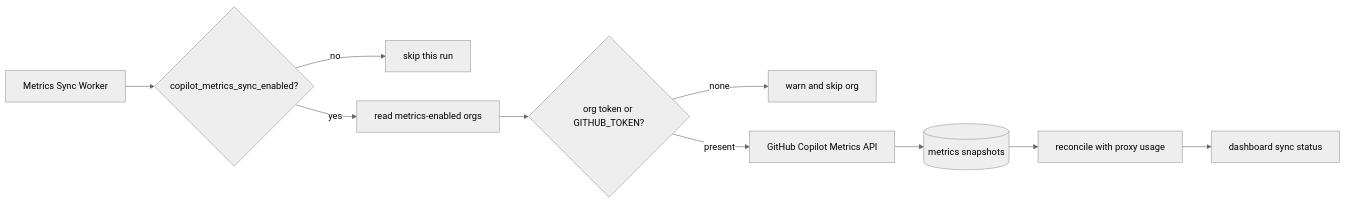
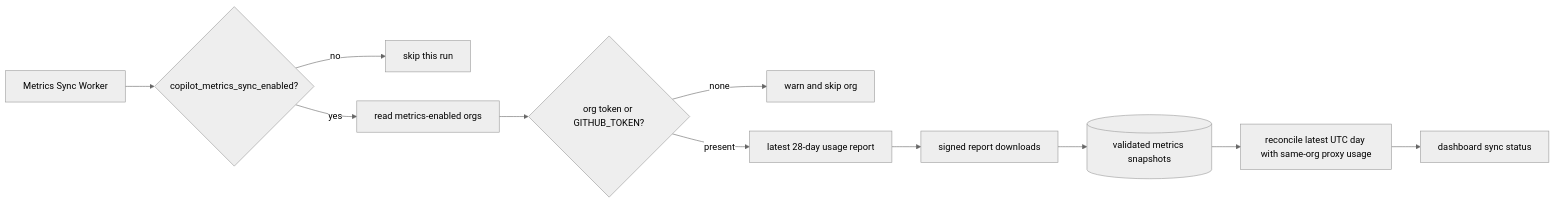
One commit to pczhao1210/ghcp-pool-proxy changed the fifth of 6 diagrams in docs/architecture.en.md. Above: the diagram before and after it, drawn with Mermaid (neutral theme). The commit also changed 5 other files, not shown here.

````diff
--- a/docs/architecture.en.md
+++ b/docs/architecture.en.md
@@ -94,12 +94,13 @@
 ```mermaid
 flowchart LR
   Worker["Metrics Sync Worker"] --> Flag{"copilot_metrics_sync_enabled?"}
   Flag -->|"no"| Skip["skip this run"]
   Flag -->|"yes"| Orgs["read metrics-enabled orgs"]
   Orgs --> Token{"org token or GITHUB_TOKEN?"}
   Token -->|"none"| Warn["warn and skip org"]
-  Token -->|"present"| GitHub["GitHub Copilot Metrics API"]
-  GitHub --> Snapshot[(metrics snapshots)]
-  Snapshot --> Reconcile["reconcile with proxy usage"]
+  Token -->|"present"| GitHub["latest 28-day usage report"]
+  GitHub --> Download["signed report downloads"]
+  Download --> Snapshot[(validated metrics snapshots)]
+  Snapshot --> Reconcile["reconcile latest UTC day with same-org proxy usage"]
   Reconcile --> Dashboard["dashboard sync status"]
 ```
````
